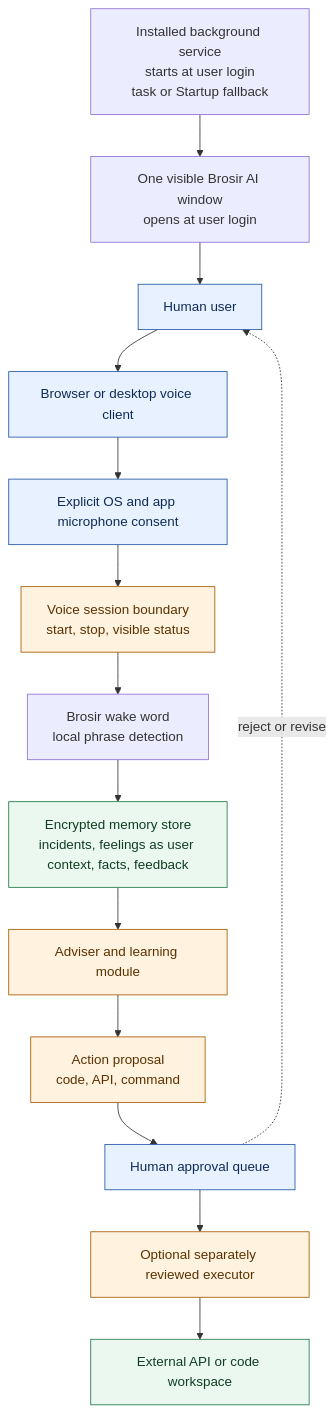
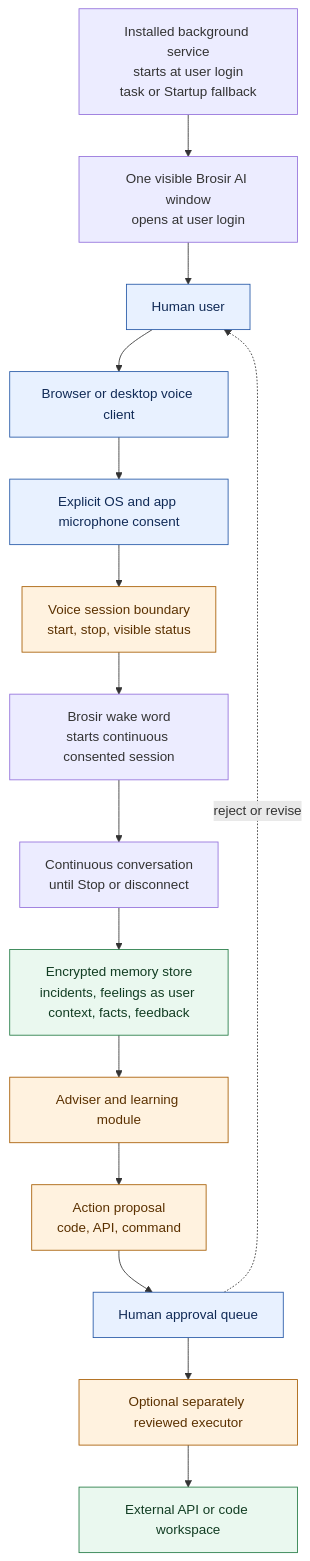
Before and after one commit to Somasundaram004/human-advisor-ai: the diagram in docs/architecture.md, drawn with Mermaid. The commit also changed other lines of this file and 3 other files, not shown here.

First line of the commit message:
feat: TEST01 add continuous Brosir conversation sessions

````diff
--- a/docs/architecture.md
+++ b/docs/architecture.md
@@ -3,29 +3,30 @@
 ```mermaid
 flowchart TB
     human[Human user]
     service[Installed background service<br/>starts at user login<br/>task or Startup fallback]
     window[One visible Brosir AI window<br/>opens at user login]
     client[Browser or desktop voice client]
     consent[Explicit OS and app microphone consent]
     voice[Voice session boundary<br/>start, stop, visible status]
-    wake[Brosir wake word<br/>local phrase detection]
+    wake[Brosir wake word<br/>starts continuous consented session]
+    conversation[Continuous conversation<br/>until Stop or disconnect]
     memory[Encrypted memory store<br/>incidents, feelings as user context, facts, feedback]
     adviser[Adviser and learning module]
     proposal[Action proposal<br/>code, API, command]
     approval[Human approval queue]
     executor[Optional separately reviewed executor]
     api[External API or code workspace]
 
     service --> window --> human
     human --> client --> consent --> voice --> wake
-    wake --> memory --> adviser
+    wake --> conversation --> memory --> adviser
     adviser --> proposal --> approval --> executor --> api
     approval -. reject or revise .-> human
 
     classDef human fill:#e8f1ff,stroke:#2457a6,color:#102a56
     classDef control fill:#fff2df,stroke:#a65b00,color:#5b3100
     classDef data fill:#eaf8ef,stroke:#237a44,color:#123d23
     class human,client,consent,approval human
     class voice,adviser,proposal,executor control
     class memory,api data
 ```
````
